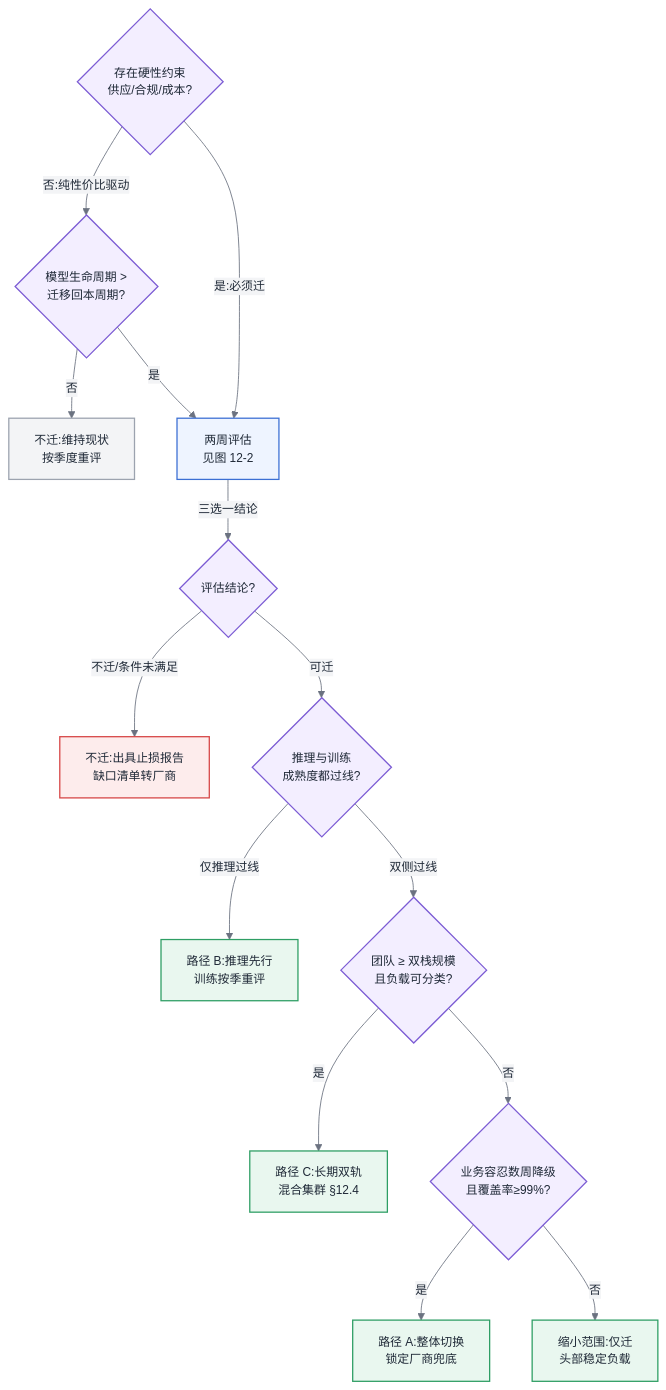
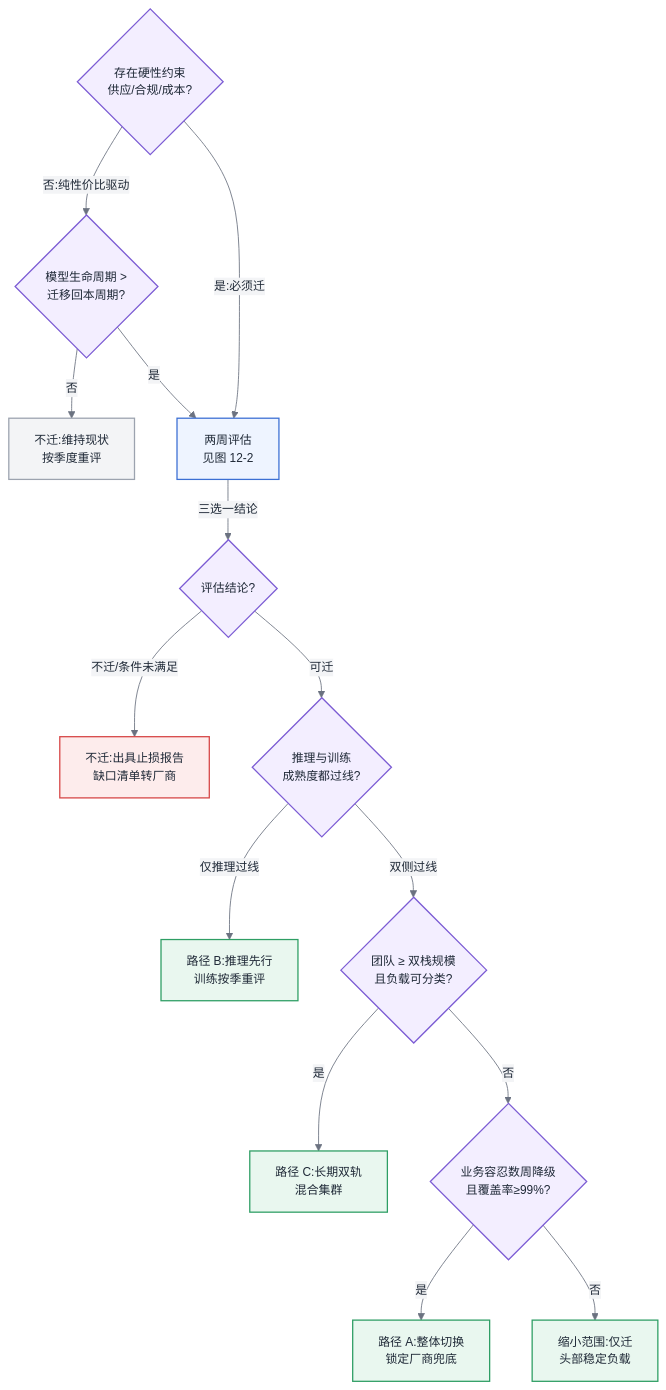
One commit to cdavid817/AI-Infra changed the fourth of 4 diagrams in 第二部分-算力底座/第12章-国产算力平台与异构迁移.md. Above: the diagram before and after it, drawn with Mermaid. The commit also changed 12 other files, not shown here.

Commit message:
mermaid 图内不再出现 §X.Y 小节引用:本章自引删除,跨章引用改为「第 X 章」表述(13 文件 28 处)

````diff
--- a/第二部分-算力底座/第12章-国产算力平台与异构迁移.md
+++ b/第二部分-算力底座/第12章-国产算力平台与异构迁移.md
@@ -399,41 +399,41 @@
 ```mermaid
 %%{init: {'theme':'base','themeVariables':{
   'primaryColor':'#EEF4FF','primaryBorderColor':'#3B6FD4','primaryTextColor':'#1F2937',
   'secondaryColor':'#F3F4F6','tertiaryColor':'#FFFFFF',
   'lineColor':'#6B7280','fontFamily':'-apple-system, Segoe UI, Helvetica, Arial, sans-serif','fontSize':'14px'
 }}}%%
 flowchart TB
   classDef ctrl fill:#F3EEFF,stroke:#7C5CD4,stroke-width:1.5px,color:#1F2937
   classDef compute fill:#EEF4FF,stroke:#3B6FD4,stroke-width:1.5px,color:#1F2937
   classDef store fill:#E9F7EF,stroke:#2E9E64,stroke-width:1.5px,color:#1F2937
   classDef bottleneck fill:#FDECEC,stroke:#D64545,stroke-width:1.5px,color:#1F2937
   classDef ext fill:#F3F4F6,stroke:#9CA3AF,stroke-width:1.5px,color:#1F2937
 
   Q0{存在硬性约束<br/>供应/合规/成本?}:::ctrl
   Q1{模型生命周期 ><br/>迁移回本周期?}:::ctrl
   N1[不迁:维持现状<br/>按季度重评]:::ext
   Q2[两周评估<br/>见图 12-2]:::compute
   Q3{评估结论?}:::ctrl
   N2[不迁:出具止损报告<br/>缺口清单转厂商]:::bottleneck
   Q4{推理与训练<br/>成熟度都过线?}:::ctrl
   P_B[路径 B:推理先行<br/>训练按季重评]:::store
   Q5{团队 ≥ 双栈规模<br/>且负载可分类?}:::ctrl
-  P_C[路径 C:长期双轨<br/>混合集群 §12.4]:::store
+  P_C[路径 C:长期双轨<br/>混合集群]:::store
   Q6{业务容忍数周降级<br/>且覆盖率≥99%?}:::ctrl
   P_A[路径 A:整体切换<br/>锁定厂商兜底]:::store
   N3[缩小范围:仅迁<br/>头部稳定负载]:::store
 
   Q0 -->|否:纯性价比驱动| Q1
   Q0 -->|是:必须迁| Q2
   Q1 -->|否| N1
   Q1 -->|是| Q2
   Q2 -->|三选一结论| Q3
   Q3 -->|不迁/条件未满足| N2
   Q3 -->|可迁| Q4
   Q4 -->|仅推理过线| P_B
   Q4 -->|双侧过线| Q5
   Q5 -->|是| P_C
   Q5 -->|否| Q6
   Q6 -->|是| P_A
   Q6 -->|否| N3
 ```
````
